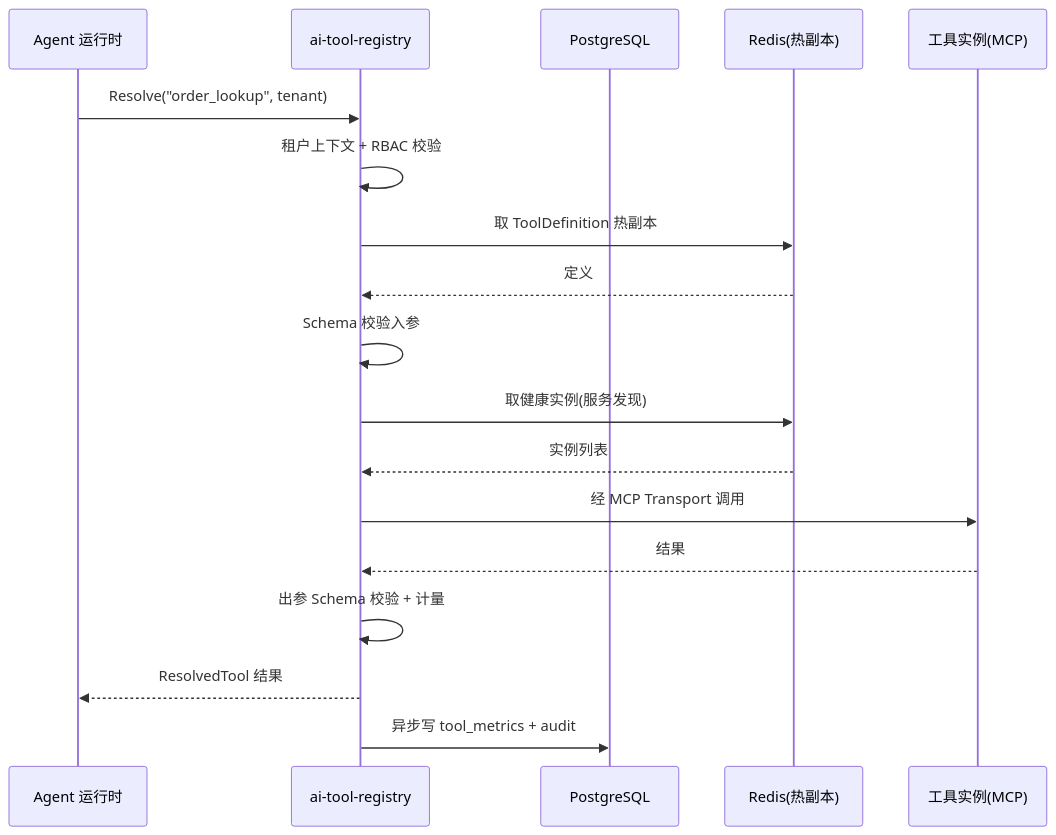
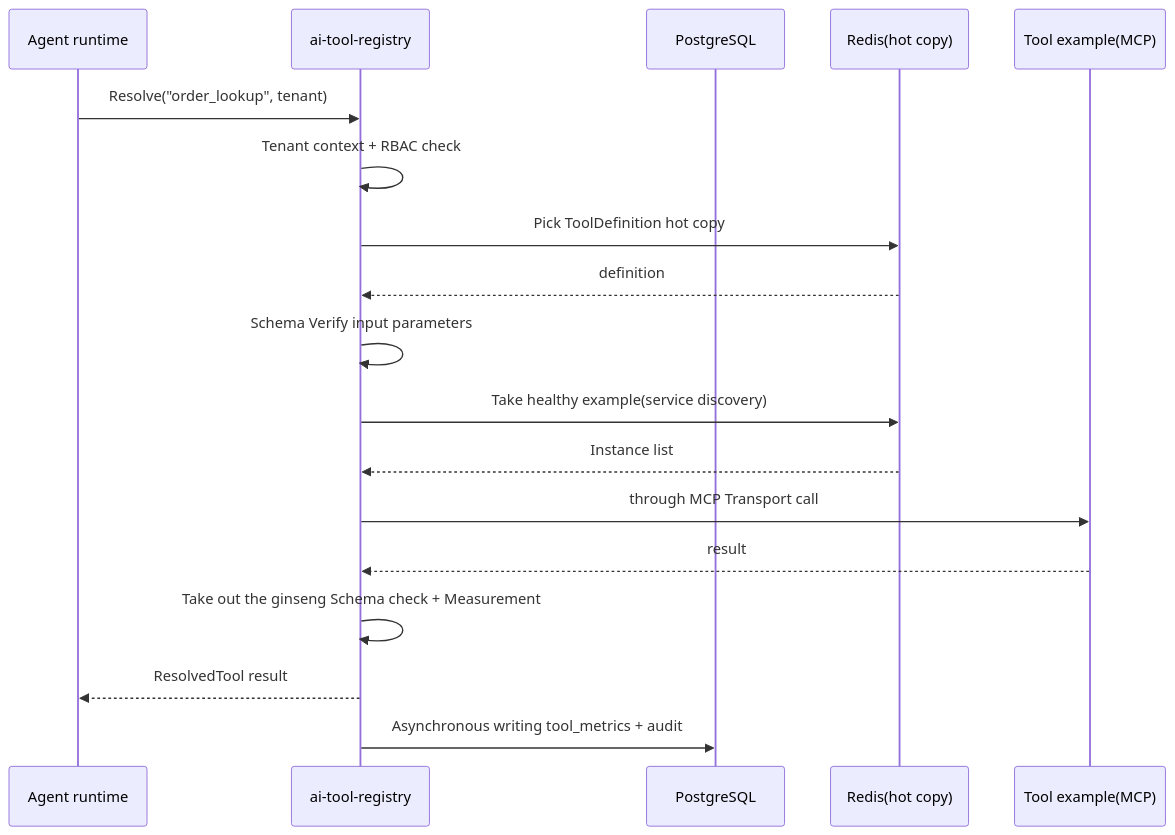
One commit to open-strata-ai/ai-tool-registry changed the second of 2 diagrams in design/DESIGN.md. Above: the diagram before and after it, drawn with Mermaid. The commit also changed other lines of this file and 10 other files, not shown here.

````diff
--- a/design/DESIGN.md
+++ b/design/DESIGN.md
@@ -224,21 +224,21 @@
 ```mermaid
 sequenceDiagram
-    participant A as Agent 运行时
+    participant A as Agent runtime
     participant TR as ai-tool-registry
     participant PG as PostgreSQL
-    participant R as Redis(热副本)
-    participant T as 工具实例(MCP)
+    participant R as Redis(hot copy)
+    participant T as Tool example(MCP)
 
     A->>TR: Resolve("order_lookup", tenant)
-    TR->>TR: 租户上下文 + RBAC 校验
-    TR->>R: 取 ToolDefinition 热副本
-    R-->>TR: 定义
-    TR->>TR: Schema 校验入参
-    TR->>R: 取健康实例(服务发现)
-    R-->>TR: 实例列表
-    TR->>T: 经 MCP Transport 调用
-    T-->>TR: 结果
-    TR->>TR: 出参 Schema 校验 + 计量
-    TR-->>A: ResolvedTool 结果
-    TR->>PG: 异步写 tool_metrics + audit
+    TR->>TR: Tenant context + RBAC check
+    TR->>R: Pick ToolDefinition hot copy
+    R-->>TR: definition
+    TR->>TR: Schema Verify input parameters
+    TR->>R: Take healthy example(service discovery)
+    R-->>TR: Instance list
+    TR->>T: through MCP Transport call
+    T-->>TR: result
+    TR->>TR: Take out the ginseng Schema check + Measurement
+    TR-->>A: ResolvedTool result
+    TR->>PG: Asynchronous writing tool_metrics + audit
 ```
````
